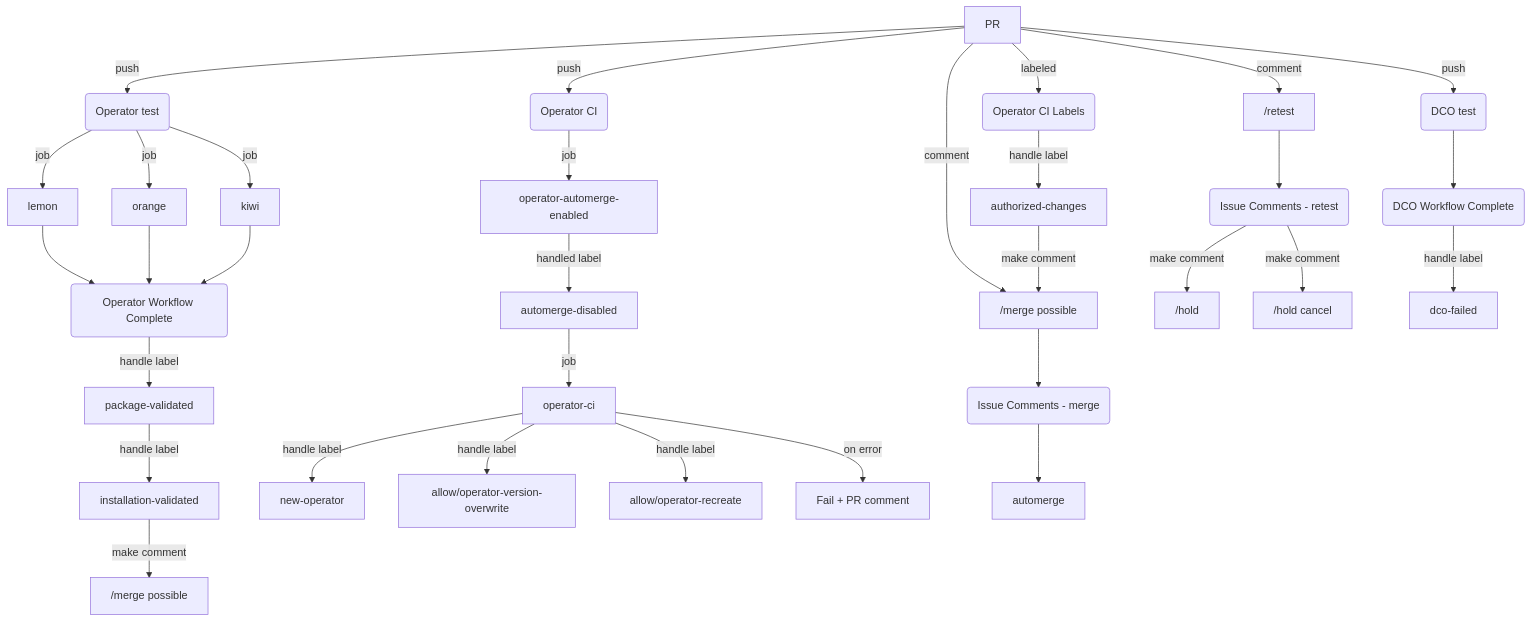
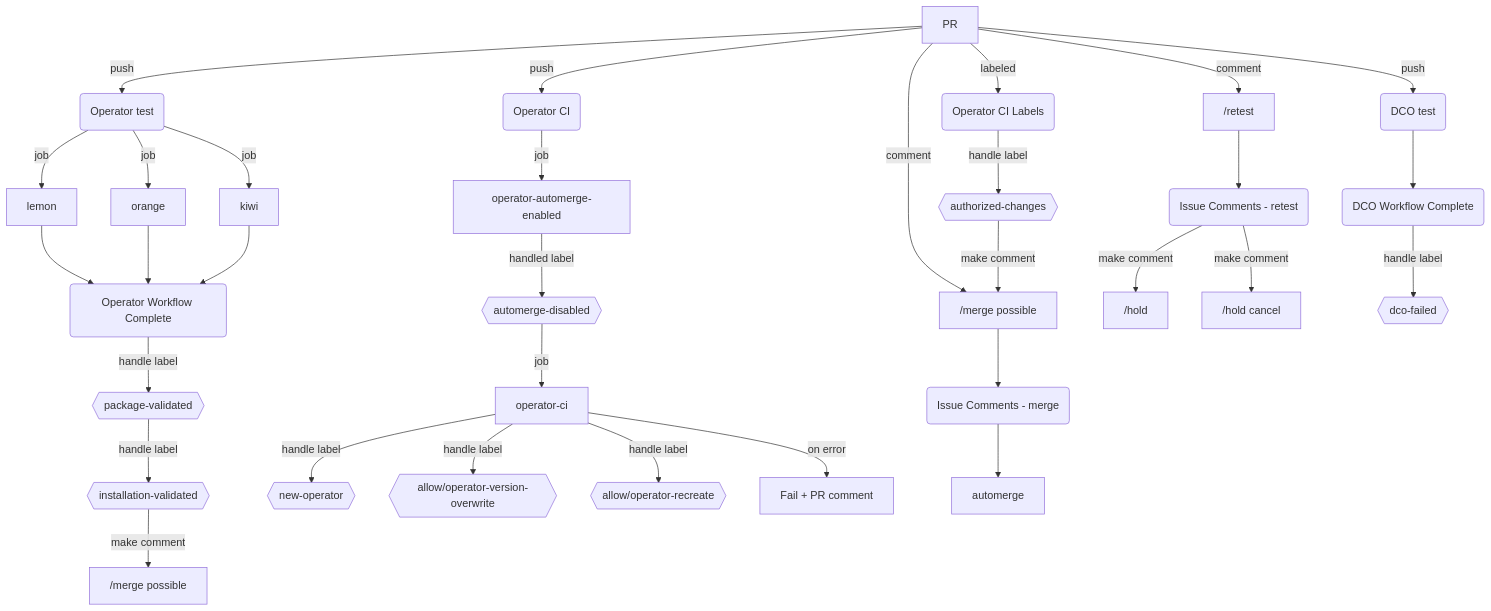
The first of 3 diagrams in docs/framework/overview.md (redhat-openshift-ecosystem/community-operators-pipeline), drawn with Mermaid before and after one commit. The commit also changed other lines of this file and 5 other files, not shown here.

````diff
--- a/docs/framework/overview.md
+++ b/docs/framework/overview.md
@@ -65,35 +62,35 @@
 ```mermaid
 flowchart TD
     A0[PR]
     A0 --> |push| B0(Operator test)
     A0 --> |push| C0(Operator CI)
     A0 --> |labeled| D0(Operator CI Labels)
     A0 --> |push| E0(DCO test)
     A0 --> |comment| F0[&#47retest]
     A0 --> |comment| G0[&#47merge possible]
     B0 --> |job|B10[lemon]
     B0 --> |job|B11[orange]
     B0 --> |job|B12[kiwi]
     E0 --> E1(DCO Workflow Complete)
     F0 --> F1(Issue Comments - retest)
     G0 --> G1(Issue Comments - merge)
     B10 --> B2(Operator Workflow Complete)
     B11 --> B2
     B12 --> B2
-    B2 --> |handle label|B3[package-validated]
-    B3 --> |handle label|B4[installation-validated]
+    B2 --> |handle label|B3{{package-validated}}
+    B3 --> |handle label|B4{{installation-validated}}
     B4 --> |make comment|B5[&#47merge possible]
     C0 --> |job|C1[operator-automerge-enabled]
-    C1 --> |handled label|C2[automerge-disabled]
+    C1 --> |handled label|C2{{automerge-disabled}}
     C2 --> |job|C20[operator-ci]
-    C20 --> |handle label|C21[new-operator]
-    C20 --> |handle label|C22[allow/operator-version-overwrite]
-    C20 --> |handle label|C23[allow/operator-recreate]
+    C20 --> |handle label|C21{{new-operator}}
+    C20 --> |handle label|C22{{allow/operator-version-overwrite}}
+    C20 --> |handle label|C23{{allow/operator-recreate}}
     C20 --> |on error|C24[Fail + PR comment]
-    D0 --> |handle label|D1[authorized-changes]
+    D0 --> |handle label|D1{{authorized-changes}}
     D1 --> |make comment|G0
     G1 --> G2[automerge]
     F1 --> |make comment|F20[&#47hold]
     F1 --> |make comment|F21[&#47hold cancel]
-    E1 --> |handle label|E2[dco-failed]
+    E1 --> |handle label|E2{{dco-failed}}
 ```
````
